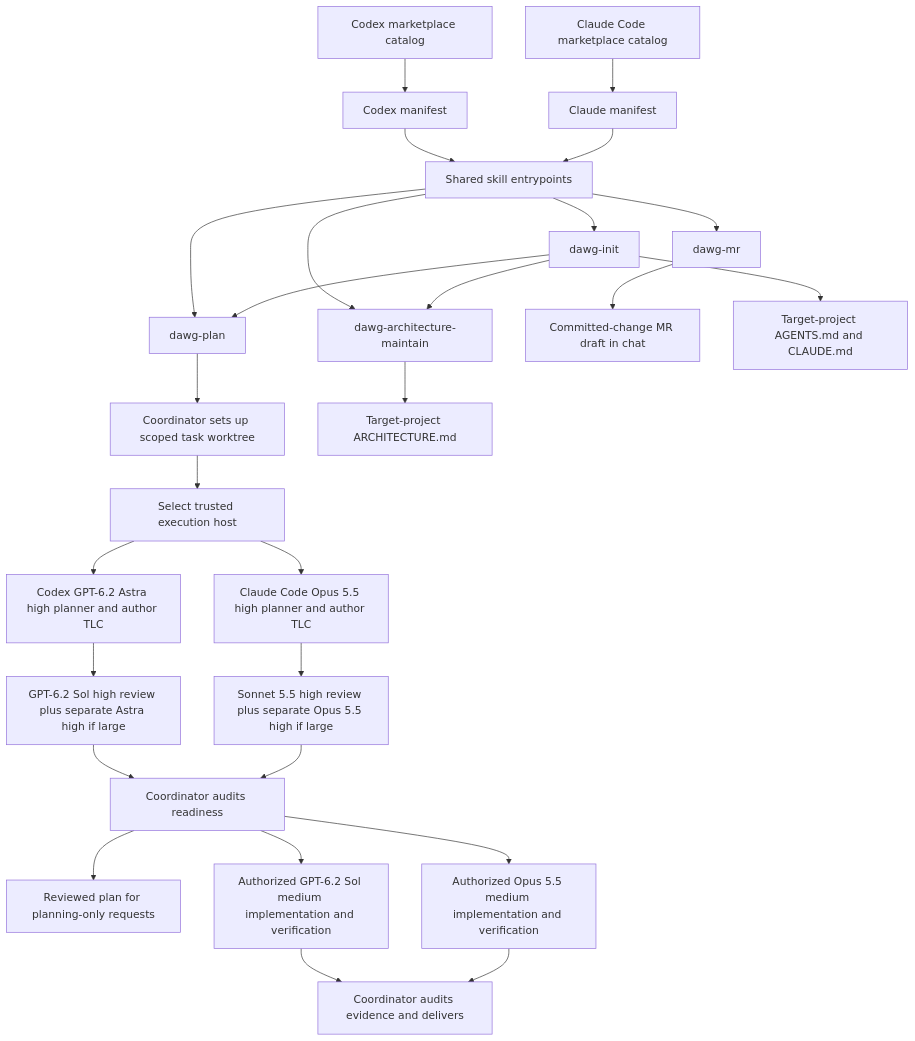
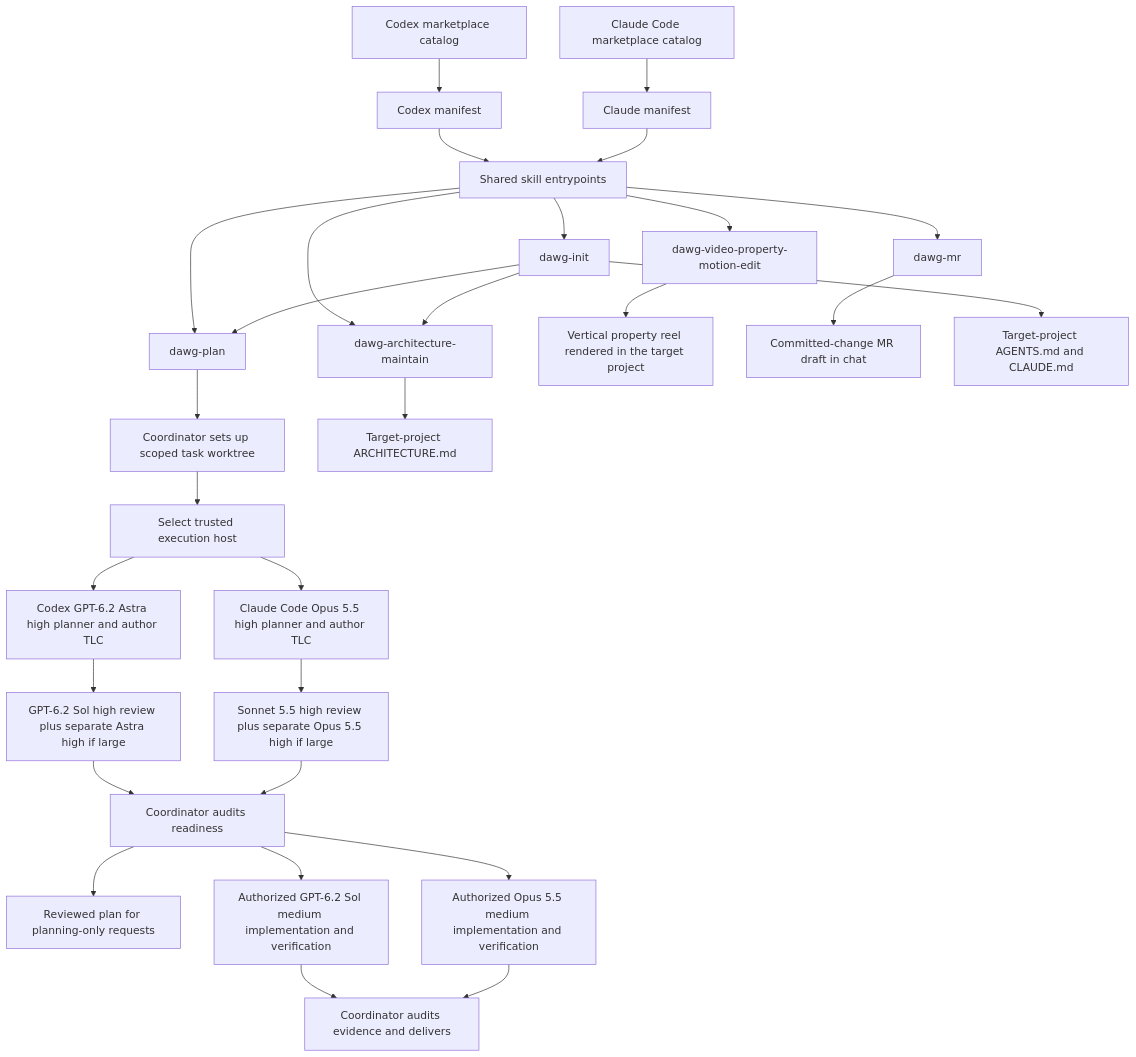
One commit to pdawgy-sg/pdawgy-skills changed the diagram in ARCHITECTURE.md. Above: the diagram before and after it, drawn with Mermaid. The commit also changed other lines of this file and 20 other files, not shown here.

First line of the commit message:
feat(dawg-video-property-motion-edit): add property reel editing skill

````diff
--- a/ARCHITECTURE.md
+++ b/ARCHITECTURE.md
@@ -126,29 +135,31 @@
 ```mermaid
 flowchart TD
     CodexCatalog[Codex marketplace catalog] --> CodexManifest[Codex manifest]
     ClaudeCatalog[Claude Code marketplace catalog] --> ClaudeManifest[Claude manifest]
     CodexManifest --> Skills[Shared skill entrypoints]
     ClaudeManifest --> Skills
     Skills --> Init[dawg-init]
     Skills --> Plan[dawg-plan]
     Skills --> Maintain[dawg-architecture-maintain]
     Skills --> MR[dawg-mr]
+    Skills --> Video[dawg-video-property-motion-edit]
+    Video --> Reel[Vertical property reel rendered in the target project]
     MR --> Message[Committed-change MR draft in chat]
     Init --> Plan
     Init --> Maintain
     Plan --> Coordinator[Coordinator sets up scoped task worktree]
     Coordinator --> Host[Select trusted execution host]
     Host --> CodexPlanner[Codex GPT-6.2 Astra high planner and author TLC]
     Host --> ClaudePlanner[Claude Code Opus 5.5 high planner and author TLC]
     CodexPlanner --> CodexReviews[GPT-6.2 Sol high review plus separate Astra high if large]
     ClaudePlanner --> ClaudeReviews[Sonnet 5.5 high review plus separate Opus 5.5 high if large]
     CodexReviews --> Ready[Coordinator audits readiness]
     ClaudeReviews --> Ready
     Ready --> Handoff[Reviewed plan for planning-only requests]
     Ready --> CodexImplementer[Authorized GPT-6.2 Sol medium implementation and verification]
     Ready --> ClaudeImplementer[Authorized Opus 5.5 medium implementation and verification]
     CodexImplementer --> Delivery[Coordinator audits evidence and delivers]
     ClaudeImplementer --> Delivery
     Init --> Guidance[Target-project AGENTS.md and CLAUDE.md]
     Maintain --> Architecture[Target-project ARCHITECTURE.md]
 ```
````
